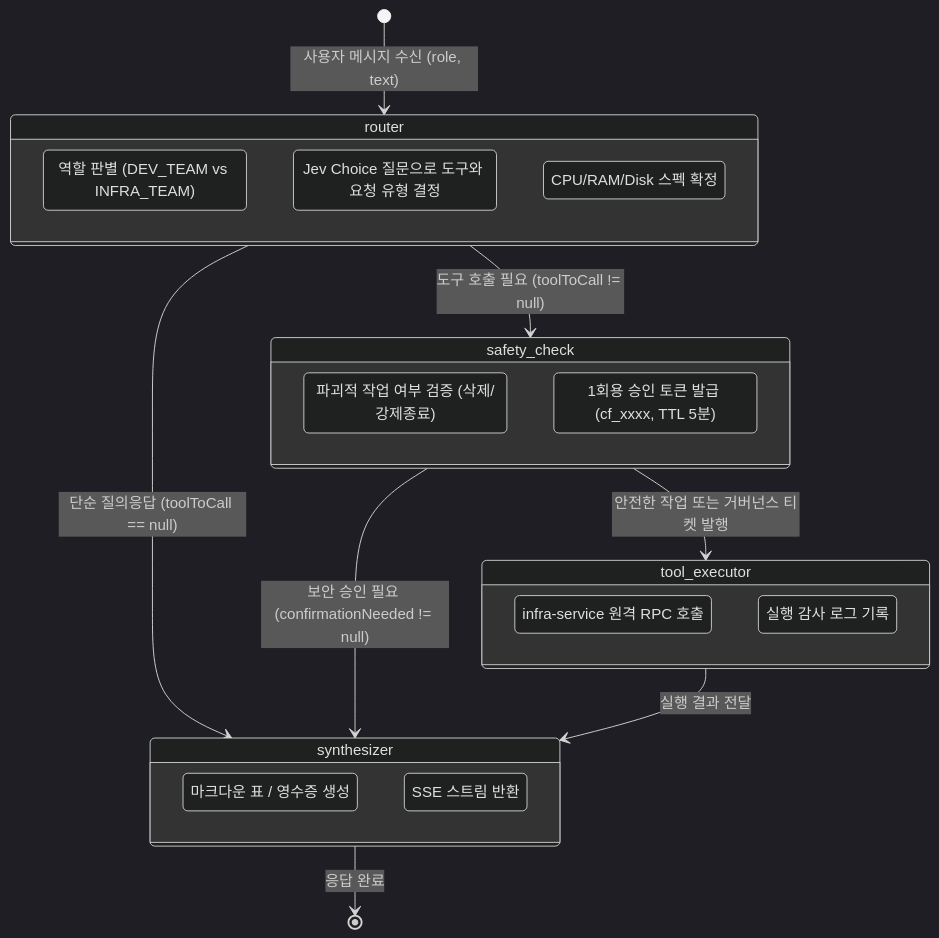
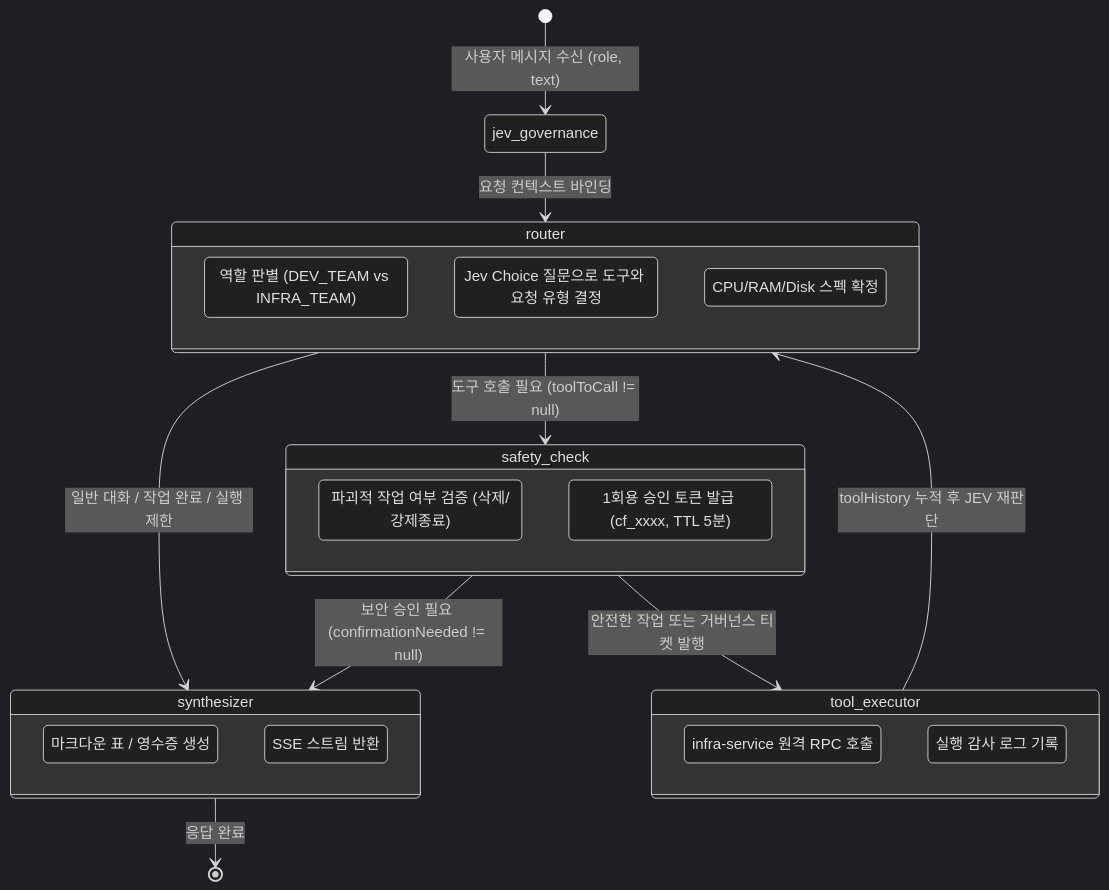
The fourth of 4 diagrams in docs/ARCHITECTURE.md (sjungwon03/jev-langgraph-example), drawn with Mermaid (dark theme) before and after one commit. The commit also changed other lines of this file and 5 other files, not shown here.

Commit message:
Make JEV LangGraph routing cyclic after tool results

````diff
--- a/docs/ARCHITECTURE.md
+++ b/docs/ARCHITECTURE.md
@@ -171,39 +171,40 @@
 ```mermaid
 stateDiagram-v2
-    [*] --> router: 사용자 메시지 수신 (role, text)
+    [*] --> jev_governance: 사용자 메시지 수신 (role, text)
+    jev_governance --> router: 요청 컨텍스트 바인딩
     
     state router {
         direction TB
         RoleCheck: 역할 판별 (DEV_TEAM vs INFRA_TEAM)
         JevChoice: Jev Choice 질문으로 도구와 요청 유형 결정
         SpecExtract: CPU/RAM/Disk 스펙 확정
     }
 
     router --> safety_check: 도구 호출 필요 (toolToCall != null)
-    router --> synthesizer: 단순 질의응답 (toolToCall == null)
+    router --> synthesizer: 일반 대화 / 작업 완료 / 실행 제한
 
     state safety_check {
         direction TB
         IsDestructive: 파괴적 작업 여부 검증 (삭제/강제종료)
         IssueToken: 1회용 승인 토큰 발급 (cf_xxxx, TTL 5분)
     }
 
     safety_check --> synthesizer: 보안 승인 필요 (confirmationNeeded != null)
     safety_check --> tool_executor: 안전한 작업 또는 거버넌스 티켓 발행
 
     state tool_executor {
         direction TB
         RemoteRPC: infra-service 원격 RPC 호출
         AuditRecord: 실행 감사 로그 기록
     }
 
-    tool_executor --> synthesizer: 실행 결과 전달
+    tool_executor --> router: toolHistory 누적 후 JEV 재판단
 
     state synthesizer {
         direction TB
         FormatReceipt: 마크다운 표 / 영수증 생성
         StreamResponse: SSE 스트림 반환
     }
 
     synthesizer --> [*]: 응답 완료
 ```
````
